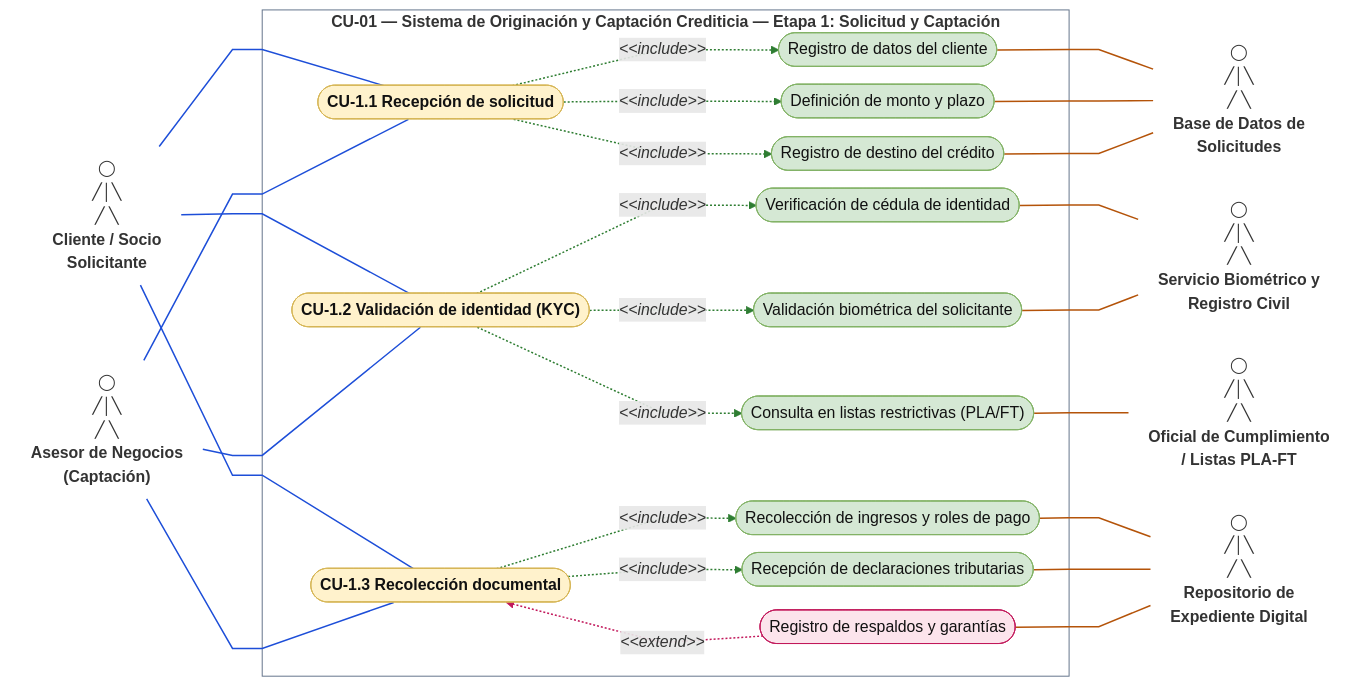
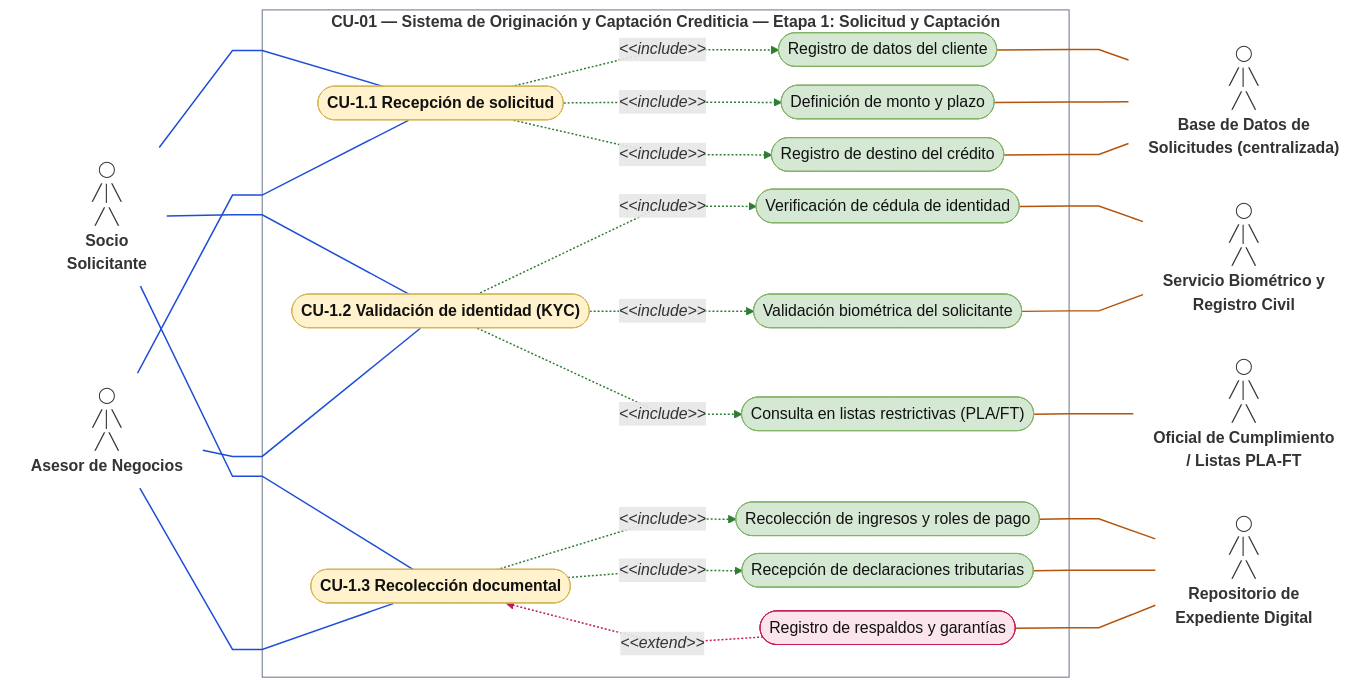
One commit to Antera-Labs/guidelines changed the second of 22 diagrams in docs/DAS.md. Above: the diagram before and after it, drawn with Mermaid. The commit also changed other lines of this file and 4 other files, not shown here.

````diff
--- a/docs/DAS.md
+++ b/docs/DAS.md
@@ -645,69 +652,69 @@
 ```mermaid
 ---
 config:
   layout: dagre
   look: classic
   flowchart:
     curve: linear
     nodeSpacing: 18
     rankSpacing: 60
     padding: 10
     wrappingWidth: 500
 ---
 flowchart LR
   classDef base fill:#fff2cc,stroke:#d6b656,color:#111
   classDef inc fill:#d5e8d4,stroke:#82b366,color:#111
   classDef ext fill:#fce4ec,stroke:#c2185b,color:#111
   classDef actor fill:none,stroke:none
   classDef aux fill:none,stroke:none
-  A1["◯<br/>╱│╲<br/>╱ ╲<br/><b>Cliente / Socio<br/>Solicitante</b>"]:::actor
-  A2["◯<br/>╱│╲<br/>╱ ╲<br/><b>Asesor de Negocios<br/>(Captación)</b>"]:::actor
+  A1["◯<br/>╱│╲<br/>╱ ╲<br/><b>Socio<br/>Solicitante</b>"]:::actor
+  A2["◯<br/>╱│╲<br/>╱ ╲<br/><b>Asesor de Negocios</b>"]:::actor
   subgraph SYS["<b>CU-01 — Sistema de Originación y Captación Crediticia — Etapa 1: Solicitud y Captación</b>"]
     U1(["<b>CU-1.1 Recepción de solicitud</b>"]):::base
     U2(["<b>CU-1.2 Validación de identidad (KYC)</b>"]):::base
     U3(["<b>CU-1.3 Recolección documental</b>"]):::base
     U1S1(["Registro de datos del cliente"]):::inc
     U1S2(["Definición de monto y plazo"]):::inc
     U1S3(["Registro de destino del crédito"]):::inc
     U2S1(["Verificación de cédula de identidad"]):::inc
     U2S2(["Validación biométrica del solicitante"]):::inc
     U2S3(["Consulta en listas restrictivas (PLA/FT)"]):::inc
     U3S1(["Recolección de ingresos y roles de pago"]):::inc
     U3S2(["Recepción de declaraciones tributarias"]):::inc
     U3S3(["Registro de respaldos y garantías"]):::ext
   end
-  M1["◯<br/>╱│╲<br/>╱ ╲<br/><b>Base de Datos de<br/>Solicitudes</b>"]:::actor
+  M1["◯<br/>╱│╲<br/>╱ ╲<br/><b>Base de Datos de<br/>Solicitudes (centralizada)</b>"]:::actor
   M2["◯<br/>╱│╲<br/>╱ ╲<br/><b>Servicio Biométrico y<br/>Registro Civil</b>"]:::actor
   M3["◯<br/>╱│╲<br/>╱ ╲<br/><b>Oficial de Cumplimiento<br/>/ Listas PLA-FT</b>"]:::actor
   M4["◯<br/>╱│╲<br/>╱ ╲<br/><b>Repositorio de<br/>Expediente Digital</b>"]:::actor
   A1 --- U1
   A2 --- U1
   A1 --- U2
   A2 --- U2
   A1 --- U3
   A2 --- U3
   U1 -.->|"<i>&lt;&lt;include&gt;&gt;</i>"| U1S1
   U1 -.->|"<i>&lt;&lt;include&gt;&gt;</i>"| U1S2
   U1 -.->|"<i>&lt;&lt;include&gt;&gt;</i>"| U1S3
   U2 -.->|"<i>&lt;&lt;include&gt;&gt;</i>"| U2S1
   U2 -.->|"<i>&lt;&lt;include&gt;&gt;</i>"| U2S2
   U2 -.->|"<i>&lt;&lt;include&gt;&gt;</i>"| U2S3
   U3 -.->|"<i>&lt;&lt;include&gt;&gt;</i>"| U3S1
   U3 -.->|"<i>&lt;&lt;include&gt;&gt;</i>"| U3S2
   U3 ~~~ U3S3
   U3S3 -.->|"<i>&lt;&lt;extend&gt;&gt;</i>"| U3
   U1S1 --- M1
   U1S2 --- M1
   U1S3 --- M1
   U2S1 --- M2
   U2S2 --- M2
   U2S3 --- M3
   U3S1 --- M4
   U3S2 --- M4
   U3S3 --- M4
   linkStyle 0,1,2,3,4,5 stroke:#1d4ed8,stroke-width:1.5px
   linkStyle 6,7,8,9,10,11,12,13 stroke:#2e7d32,stroke-width:1.5px
   linkStyle 15 stroke:#c2185b,stroke-width:1.5px
   linkStyle 16,17,18,19,20,21,22,23,24 stroke:#b45309,stroke-width:1.5px
   style SYS fill:transparent,stroke:#64748b
 ```
````
